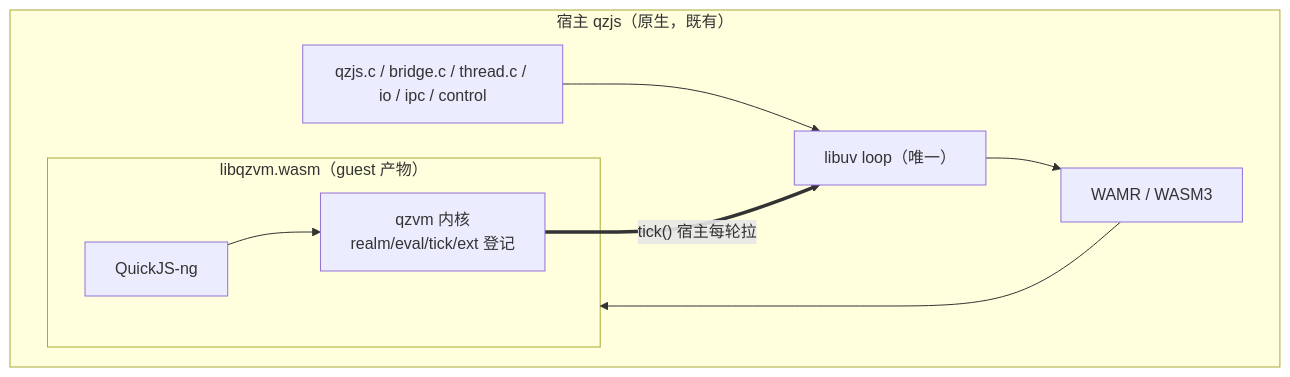
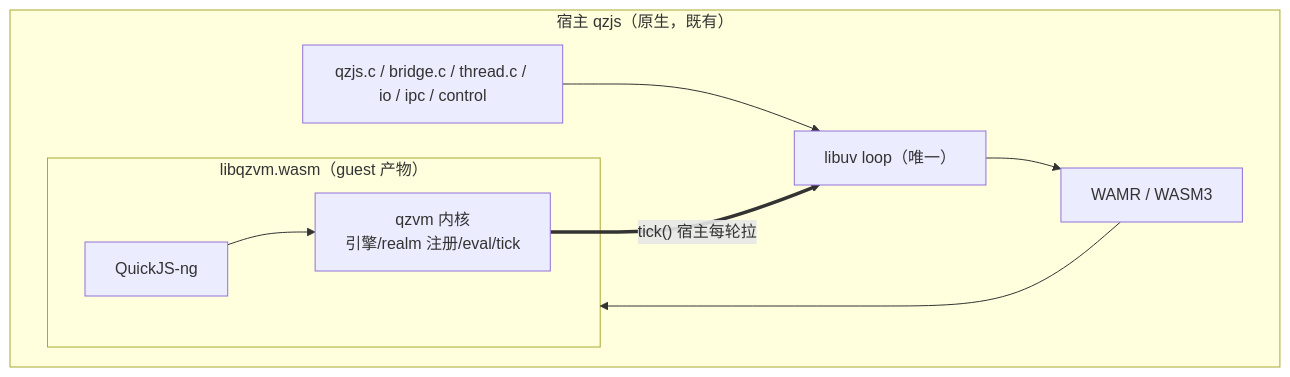
The diagram in src/qzvm/aot/IN_MODULE_DESIGN.md (adam-ikari/qzjs), drawn with Mermaid before and after one commit. The commit also changed other lines of this file and 2 other files, not shown here.

First line of the commit message:
docs(in-module): 修正 §3——polyfill 注入/扩展登记属宿主边界接线，非 qzvm 核心

````diff
--- a/src/qzvm/aot/IN_MODULE_DESIGN.md
+++ b/src/qzvm/aot/IN_MODULE_DESIGN.md
@@ -184,16 +233,16 @@
 ```mermaid
 flowchart TB
   subgraph wasm["libqzvm.wasm（guest 产物）"]
     QJS["QuickJS-ng"]
-    CORE["qzvm 内核<br/>realm/eval/tick/ext 登记"]
+    CORE["qzvm 内核<br/>引擎/realm 注册/eval/tick"]
     QJS --> CORE
   end
   subgraph host["宿主 qzjs（原生，既有）"]
     LOOP["libuv loop（唯一）"]
     RT["WAMR / WASM3"]
     HOSTF["qzjs.c / bridge.c / thread.c / io / ipc / control"]
     LOOP --> RT --> wasm
     HOSTF --> LOOP
   end
   CORE ==>|"tick() 宿主每轮拉"| LOOP
 ```
````
